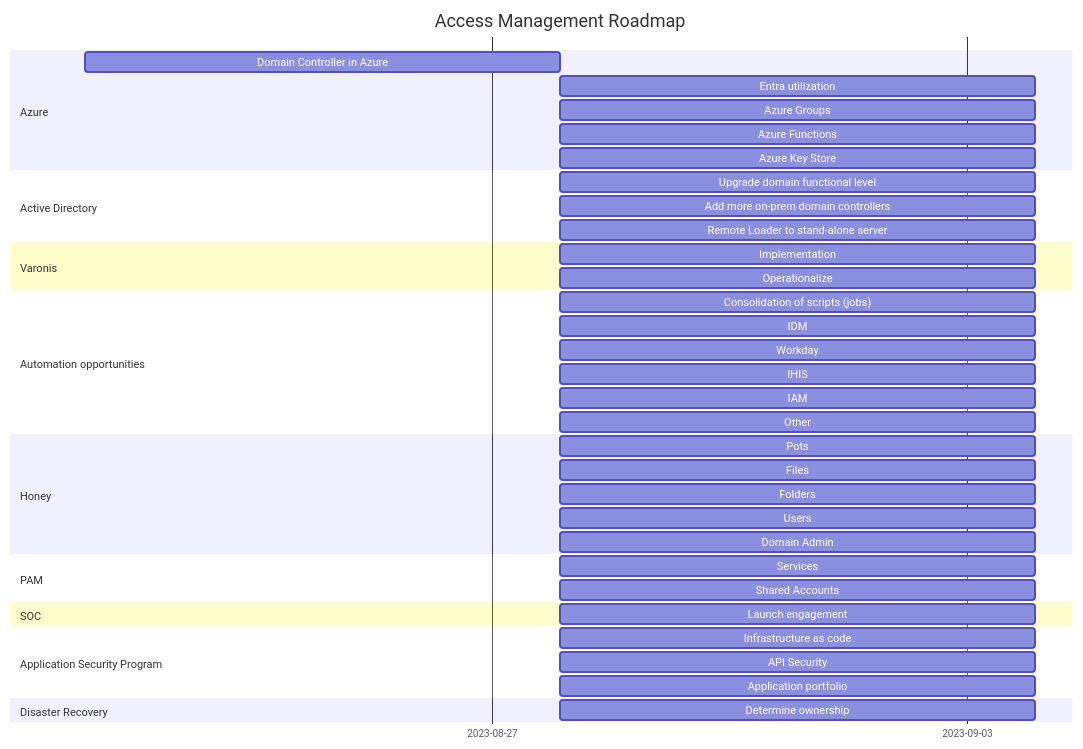
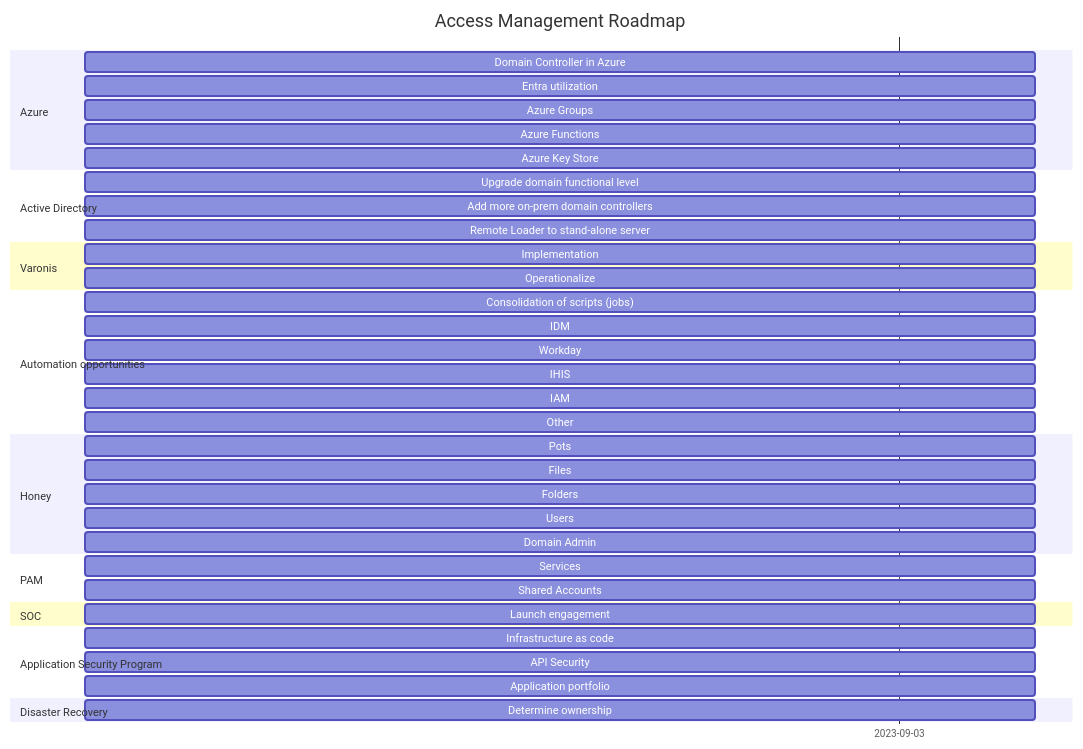
The diagram in AccessManagement.md (stahler/MermaidDiagrams), drawn with Mermaid before and after one commit.

Commit message:
Change date

````diff
--- a/AccessManagement.md
+++ b/AccessManagement.md
@@ -1,56 +1,56 @@
 ```mermaid
 
 gantt
     title Access Management Roadmap
     dateFormat  YYYY-MM-DD
     tickinterval 1week
     todayMarker on
     %% excludes    Weekends
     
 section Azure
-Domain Controller in Azure                  :      2023-08-21, 1w
+Domain Controller in Azure                  :      2023-08-28, 1w
 Entra utilization                           :p1,   2023-08-28, 1w
 Azure Groups                                :p2,   2023-08-28, 1w
 Azure Functions                             :p3,   2023-08-28, 1w
 Azure Key Store                             :p4,   2023-08-28, 1w
 
 section Active Directory                    
 Upgrade domain functional level             :p6,   2023-08-28, 1w
 Add more on-prem domain controllers         :p7,   2023-08-28, 1w
 Remote Loader to stand-alone server         :p8,   2023-08-28, 1w
 
 section Varonis
 Implementation                              :p9,  2023-08-28, 1w
 Operationalize                              :p10, 2023-08-28, 1w
 
 section Automation opportunities
 Consolidation of scripts (jobs)             :p11, 2023-08-28, 1w
 IDM                                         :p12, 2023-08-28, 1w
 Workday                                     :p13, 2023-08-28, 1w
 IHIS                                        :p14, 2023-08-28, 1w
 IAM                                         :p15, 2023-08-28, 1w
 Other                                       :p16, 2023-08-28, 1w
 
 section Honey
 Pots                                        :p17, 2023-08-28, 1w
 Files                                       :p18, 2023-08-28, 1w
 Folders                                     :p19, 2023-08-28, 1w
 Users                                       :p20, 2023-08-28, 1w
 Domain Admin                                :p21, 2023-08-28, 1w
 
 section PAM
 Services                                    :p22, 2023-08-28, 1w
 Shared Accounts                             :p23, 2023-08-28, 1w
 
 section SOC
 Launch engagement                           :p24, 2023-08-28, 1w
 
 section Application Security Program
 Infrastructure as code                      :p25, 2023-08-28, 1w
 API Security                                :p26, 2023-08-28, 1w
 Application portfolio                       :p27, 2023-08-28, 1w
 
 section Disaster Recovery
 Determine ownership                         :p28, 2023-08-28, 1w
 
 ```
````
